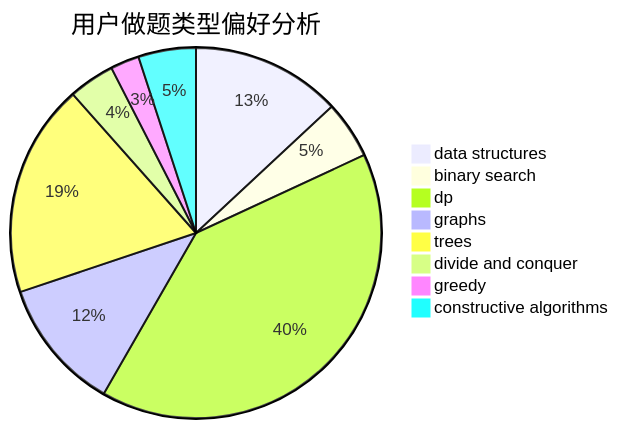
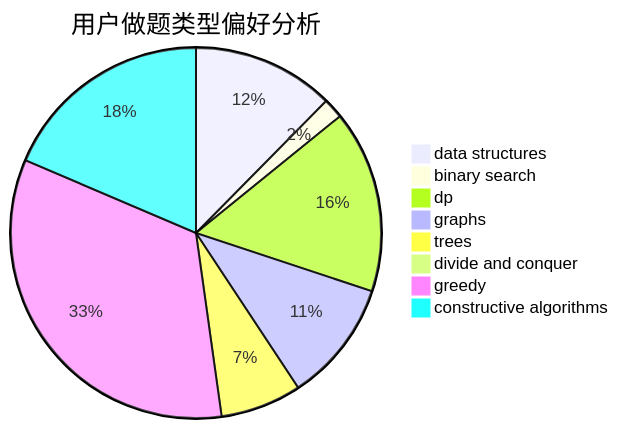
One commit to sherpahu/cfrs.github.io changed the second of 3 diagrams in docs/user/u2704.md. Above: the diagram before and after it, drawn with Mermaid. The commit also changed other lines of this file and 2770 other files, not shown here.

````diff
--- a/docs/user/u2704.md
+++ b/docs/user/u2704.md
@@ -23,11 +23,11 @@
 ```mermaid
 pie title 用户做题类型偏好分析
-    "data structures" :  26
-    "binary search" :  10
-    "dp" :  80
-    "graphs" :  23
-    "trees" :  37
-    "divide and conquer" :  8
-    "greedy" :  5
-    "constructive algorithms" :  10
+    "data structures" :  28
+    "binary search" :  4
+    "dp" :  36
+    "graphs" :  24
+    "trees" :  16
+    "divide and conquer" :  2
+    "greedy" :  76
+    "constructive algorithms" :  42
 ```
````
